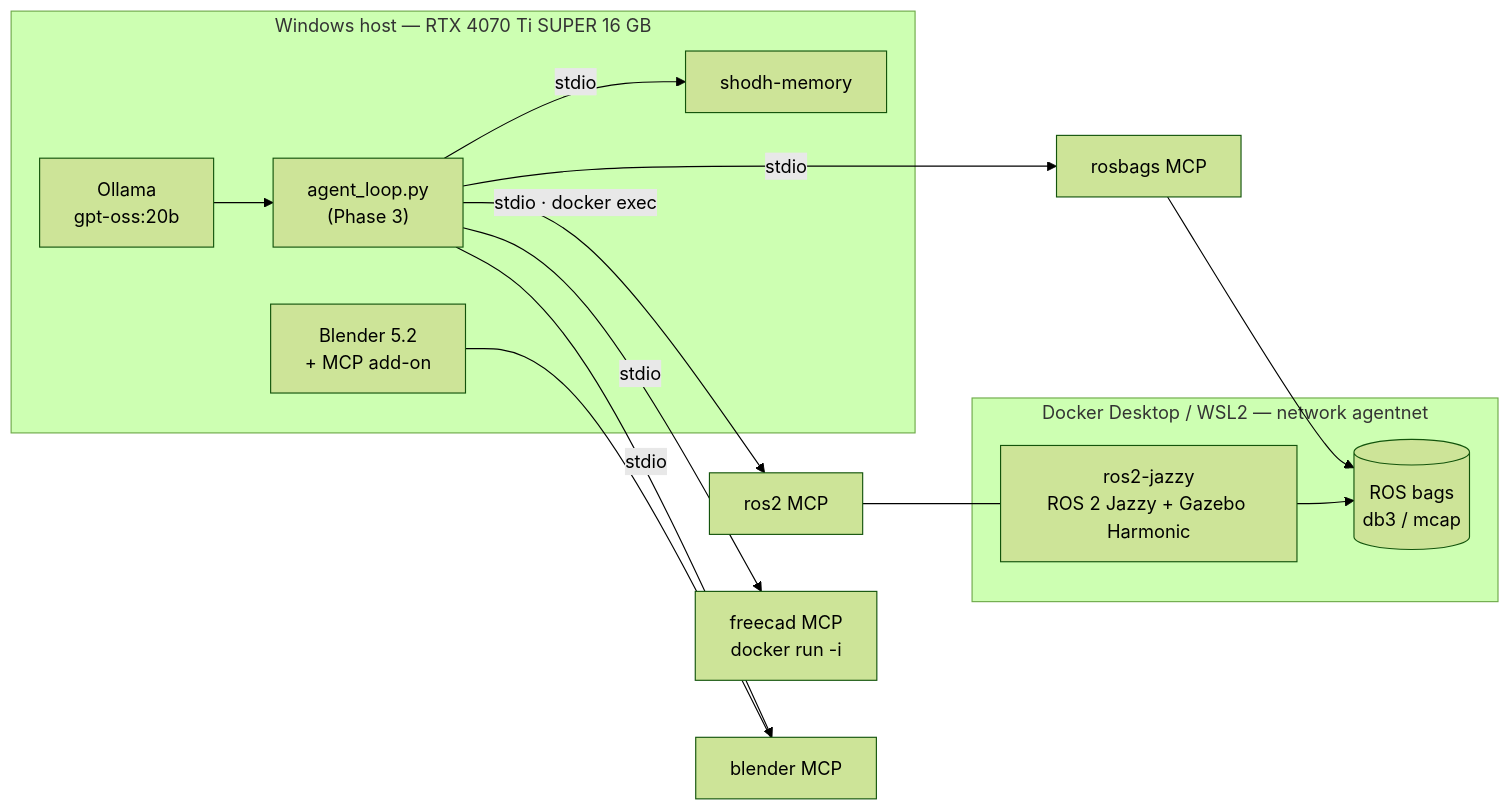
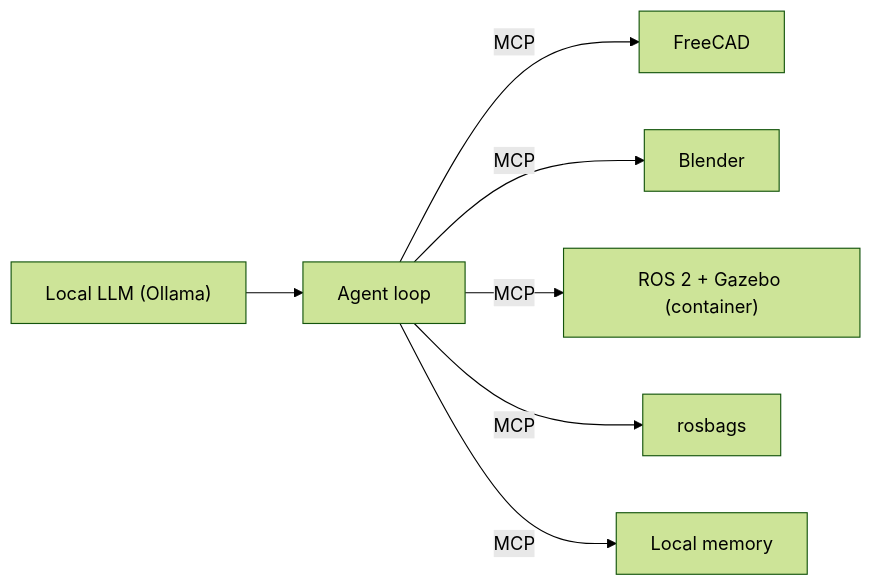
One commit to leosand/DroneCAD changed the diagram in README.md. Above: the diagram before and after it, drawn with Mermaid (forest theme). The commit also changed other lines of this file and 5 other files, not shown here.

````diff
--- a/README.md
+++ b/README.md
@@ -29,23 +21,9 @@
 ```mermaid
 flowchart LR
-  subgraph HOST["Windows host — RTX 4070 Ti SUPER 16 GB"]
-    AGENT["agent_loop.py<br/>(Phase 3)"]
-    OLLAMA["Ollama<br/>gpt-oss:20b"]
-    BL["Blender 5.2<br/>+ MCP add-on"]
-    MEM["shodh-memory"]
-  end
-  subgraph DOCKER["Docker Desktop / WSL2 — network agentnet"]
-    ROS["ros2-jazzy<br/>ROS 2 Jazzy + Gazebo Harmonic"]
-    BAGS[("ROS bags<br/>db3 / mcap")]
-  end
-  OLLAMA --> AGENT
-  AGENT -->|stdio| MB["blender MCP"]
-  AGENT -->|stdio| MF["freecad MCP<br/>docker run -i"]
-  AGENT -->|stdio · docker exec| MR["ros2 MCP"]
-  AGENT -->|stdio| MG["rosbags MCP"]
-  AGENT -->|stdio| MEM
-  BL --- MB
-  MR --- ROS
-  ROS --> BAGS
-  MG --> BAGS
+  LLM["Local LLM (Ollama)"] --> Agent["Agent loop"]
+  Agent -->|MCP| FC["FreeCAD"]
+  Agent -->|MCP| BL["Blender"]
+  Agent -->|MCP| R2["ROS 2 + Gazebo (container)"]
+  Agent -->|MCP| RB["rosbags"]
+  Agent -->|MCP| MEM["Local memory"]
 ```
````
